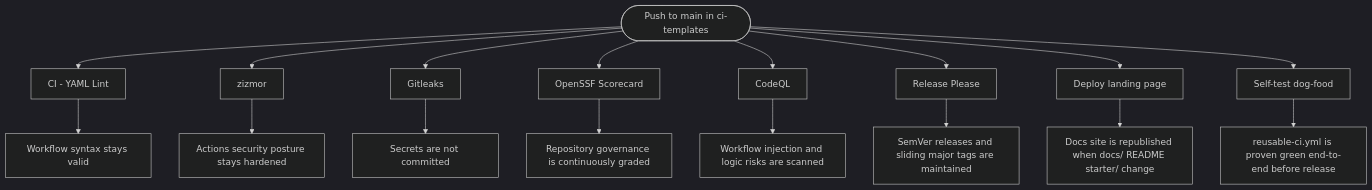
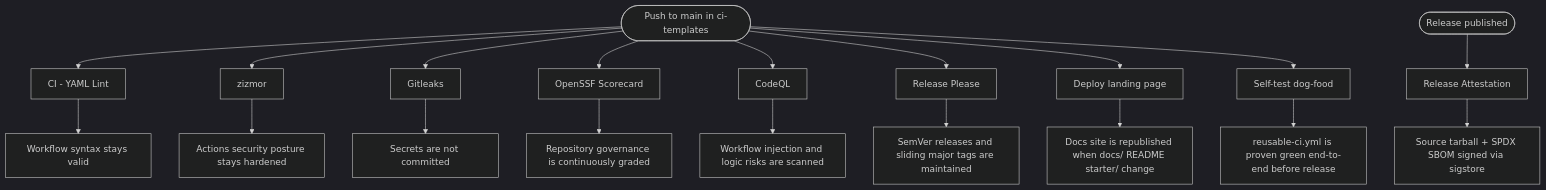
The second of 2 diagrams in README.md (2029193370/ci-templates), drawn with Mermaid (dark theme) before and after one commit. The commit also changed other lines of this file, not shown here.

First line of the commit message:
docs(readme): cover multi-language fixtures, release attestation and ruleset IaC

````diff
--- a/README.md
+++ b/README.md
@@ -413,20 +413,22 @@
 ```mermaid
 flowchart TB
     A([Push to main in ci-templates]) --> B[CI - YAML Lint]
     A --> C[zizmor]
     A --> D[Gitleaks]
     A --> E[OpenSSF Scorecard]
     A --> F[CodeQL]
     A --> G[Release Please]
     A --> H[Deploy landing page]
     A --> P[Self-test dog-food]
+    R([Release published]) --> S[Release Attestation]
 
     B --> I[Workflow syntax stays valid]
     C --> J[Actions security posture stays hardened]
     D --> K[Secrets are not committed]
     E --> L[Repository governance is continuously graded]
     F --> M[Workflow injection and logic risks are scanned]
     G --> N[SemVer releases and sliding major tags are maintained]
     H --> O[Docs site is republished when docs/ README starter/ change]
     P --> Q[reusable-ci.yml is proven green end-to-end before release]
+    S --> T[Source tarball + SPDX SBOM signed via sigstore]
 ```
````
